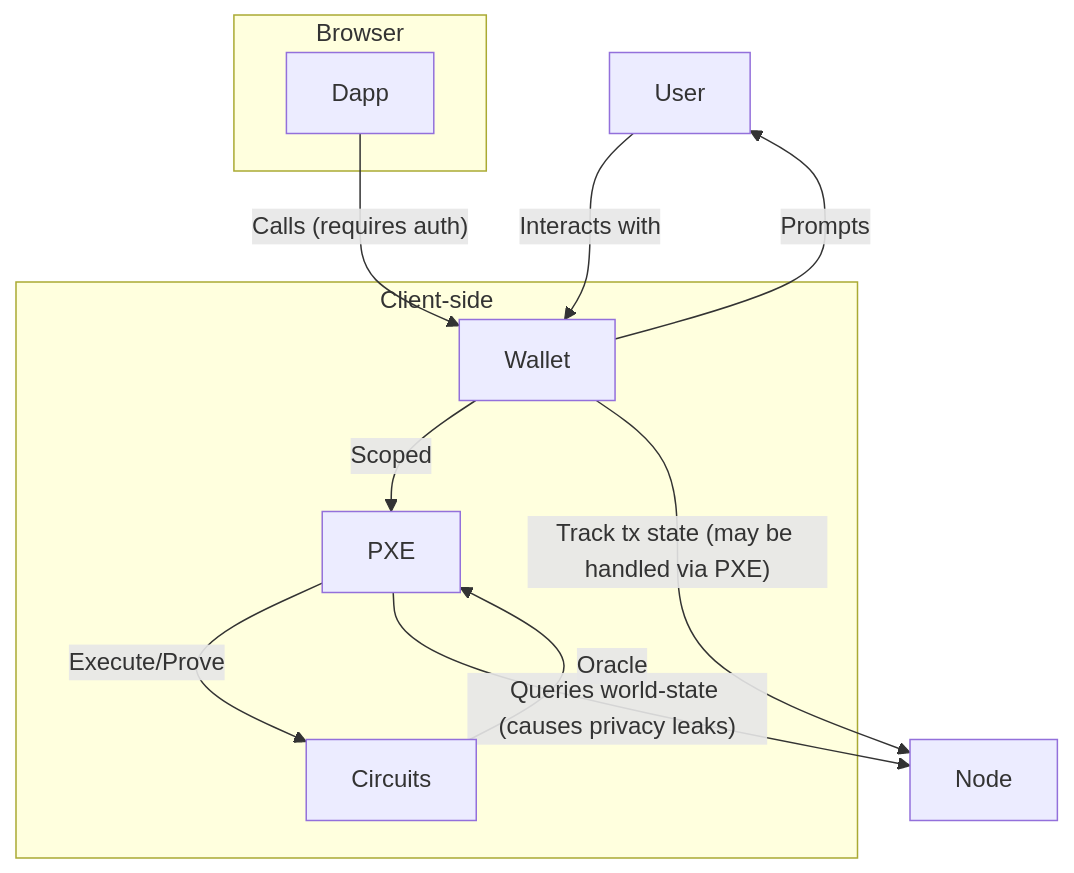
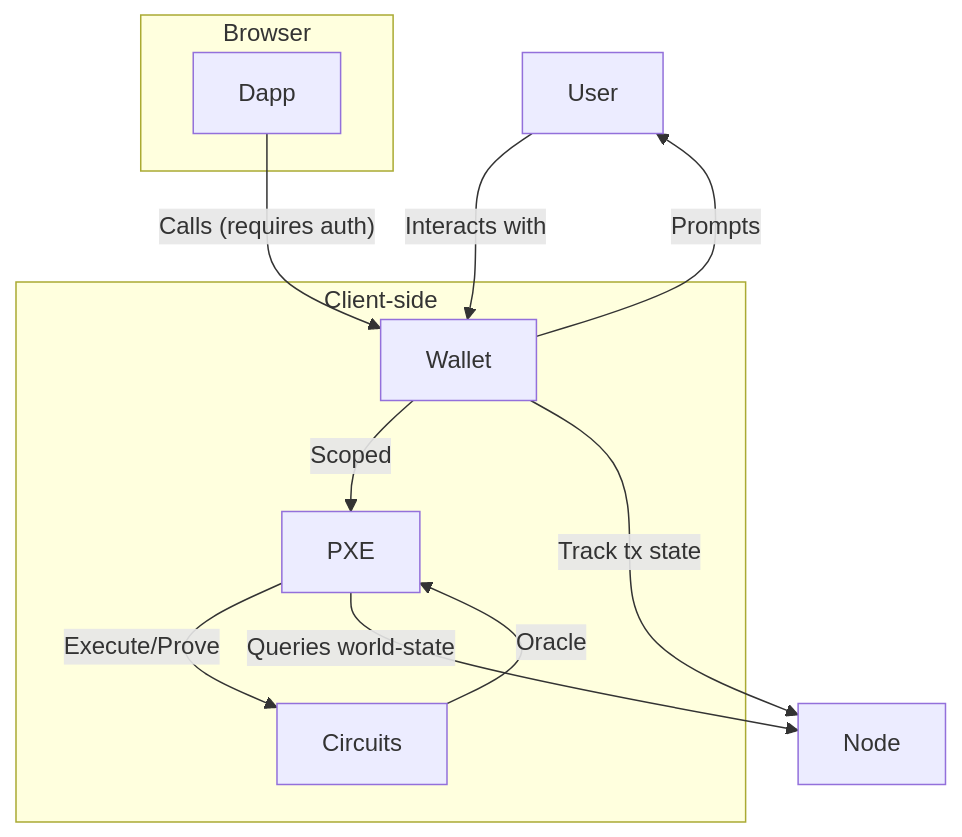
One commit to Forostovec/aztec-packages changed the diagram in docs/developer_versioned_docs/version-v3.0.0-devnet.5/docs/concepts/pxe/index.md. Above: the diagram before and after it, drawn with Mermaid. The commit also changed other lines of this file and 36 other files, not shown here.

````diff
--- a/docs/developer_versioned_docs/version-v3.0.0-devnet.5/docs/concepts/pxe/index.md
+++ b/docs/developer_versioned_docs/version-v3.0.0-devnet.5/docs/concepts/pxe/index.md
@@ -27,16 +25,16 @@
 ```mermaid
 flowchart TB
     User --Interacts with--> Wallet
     Wallet --Prompts--> User
     subgraph Browser
     Dapp
     end
     Dapp --Calls (requires auth)--> Wallet
     subgraph Client-side
         Wallet --Scoped--> PXE
         PXE --Execute/Prove--> Circuits
         Circuits --Oracle--> PXE
     end
-    PXE --Queries world-state (causes privacy leaks)--> Node
-    Wallet --Track tx state (may be handled via PXE)--> Node
+    PXE --Queries world-state--> Node
+    Wallet --Track tx state--> Node
 ```
````
